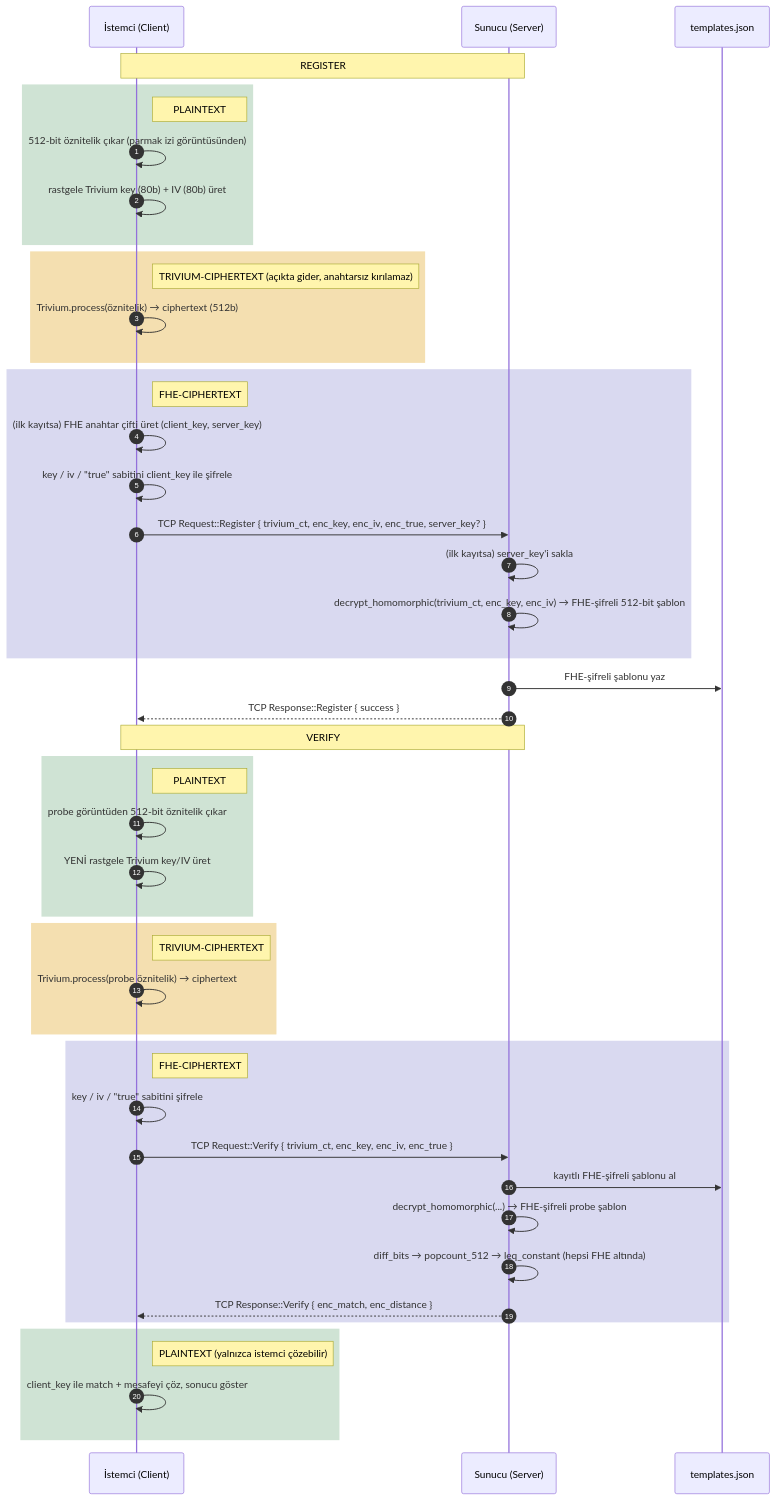
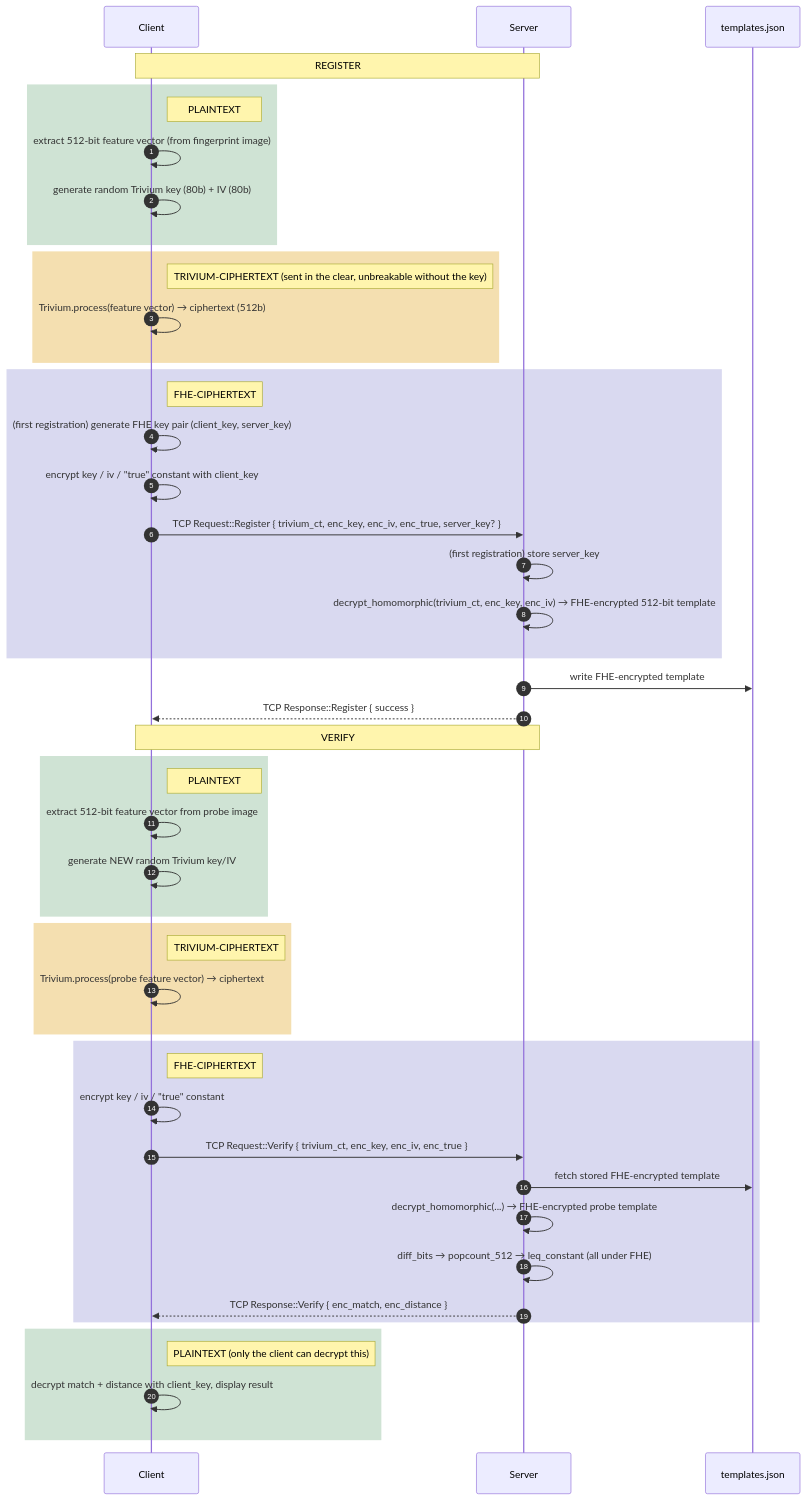
One commit to Rabiayvz/fingerprint-fhe changed the diagram in README.md. Above: the diagram before and after it, drawn with Mermaid. The commit also changed other lines of this file, not shown here.

````diff
--- a/README.md
+++ b/README.md
@@ -51,52 +50,52 @@
 ```mermaid
 sequenceDiagram
     autonumber
-    participant C as İstemci (Client)
-    participant S as Sunucu (Server)
+    participant C as Client
+    participant S as Server
     participant DB as templates.json
 
     Note over C,S: REGISTER
     rect rgb(207, 227, 212)
     Note right of C: PLAINTEXT
-    C->>C: 512-bit öznitelik çıkar (parmak izi görüntüsünden)
-    C->>C: rastgele Trivium key (80b) + IV (80b) üret
+    C->>C: extract 512-bit feature vector (from fingerprint image)
+    C->>C: generate random Trivium key (80b) + IV (80b)
     end
     rect rgb(244, 223, 176)
-    Note right of C: TRIVIUM-CIPHERTEXT (açıkta gider, anahtarsız kırılamaz)
-    C->>C: Trivium.process(öznitelik) → ciphertext (512b)
+    Note right of C: TRIVIUM-CIPHERTEXT (sent in the clear, unbreakable without the key)
+    C->>C: Trivium.process(feature vector) → ciphertext (512b)
     end
     rect rgb(217, 217, 240)
     Note right of C: FHE-CIPHERTEXT
-    C->>C: (ilk kayıtsa) FHE anahtar çifti üret (client_key, server_key)
-    C->>C: key / iv / "true" sabitini client_key ile şifrele
+    C->>C: (first registration) generate FHE key pair (client_key, server_key)
+    C->>C: encrypt key / iv / "true" constant with client_key
     C->>S: TCP Request::Register { trivium_ct, enc_key, enc_iv, enc_true, server_key? }
-    S->>S: (ilk kayıtsa) server_key'i sakla
-    S->>S: decrypt_homomorphic(trivium_ct, enc_key, enc_iv) → FHE-şifreli 512-bit şablon
+    S->>S: (first registration) store server_key
+    S->>S: decrypt_homomorphic(trivium_ct, enc_key, enc_iv) → FHE-encrypted 512-bit template
     end
-    S->>DB: FHE-şifreli şablonu yaz
+    S->>DB: write FHE-encrypted template
     S-->>C: TCP Response::Register { success }
 
     Note over C,S: VERIFY
     rect rgb(207, 227, 212)
     Note right of C: PLAINTEXT
-    C->>C: probe görüntüden 512-bit öznitelik çıkar
-    C->>C: YENİ rastgele Trivium key/IV üret
+    C->>C: extract 512-bit feature vector from probe image
+    C->>C: generate NEW random Trivium key/IV
     end
     rect rgb(244, 223, 176)
     Note right of C: TRIVIUM-CIPHERTEXT
-    C->>C: Trivium.process(probe öznitelik) → ciphertext
+    C->>C: Trivium.process(probe feature vector) → ciphertext
     end
     rect rgb(217, 217, 240)
     Note right of C: FHE-CIPHERTEXT
-    C->>C: key / iv / "true" sabitini şifrele
+    C->>C: encrypt key / iv / "true" constant
     C->>S: TCP Request::Verify { trivium_ct, enc_key, enc_iv, enc_true }
-    S->>DB: kayıtlı FHE-şifreli şablonu al
-    S->>S: decrypt_homomorphic(...) → FHE-şifreli probe şablon
-    S->>S: diff_bits → popcount_512 → leq_constant (hepsi FHE altında)
+    S->>DB: fetch stored FHE-encrypted template
+    S->>S: decrypt_homomorphic(...) → FHE-encrypted probe template
+    S->>S: diff_bits → popcount_512 → leq_constant (all under FHE)
     S-->>C: TCP Response::Verify { enc_match, enc_distance }
     end
     rect rgb(207, 227, 212)
-    Note right of C: PLAINTEXT (yalnızca istemci çözebilir)
-    C->>C: client_key ile match + mesafeyi çöz, sonucu göster
+    Note right of C: PLAINTEXT (only the client can decrypt this)
+    C->>C: decrypt match + distance with client_key, display result
     end
 ```
````
